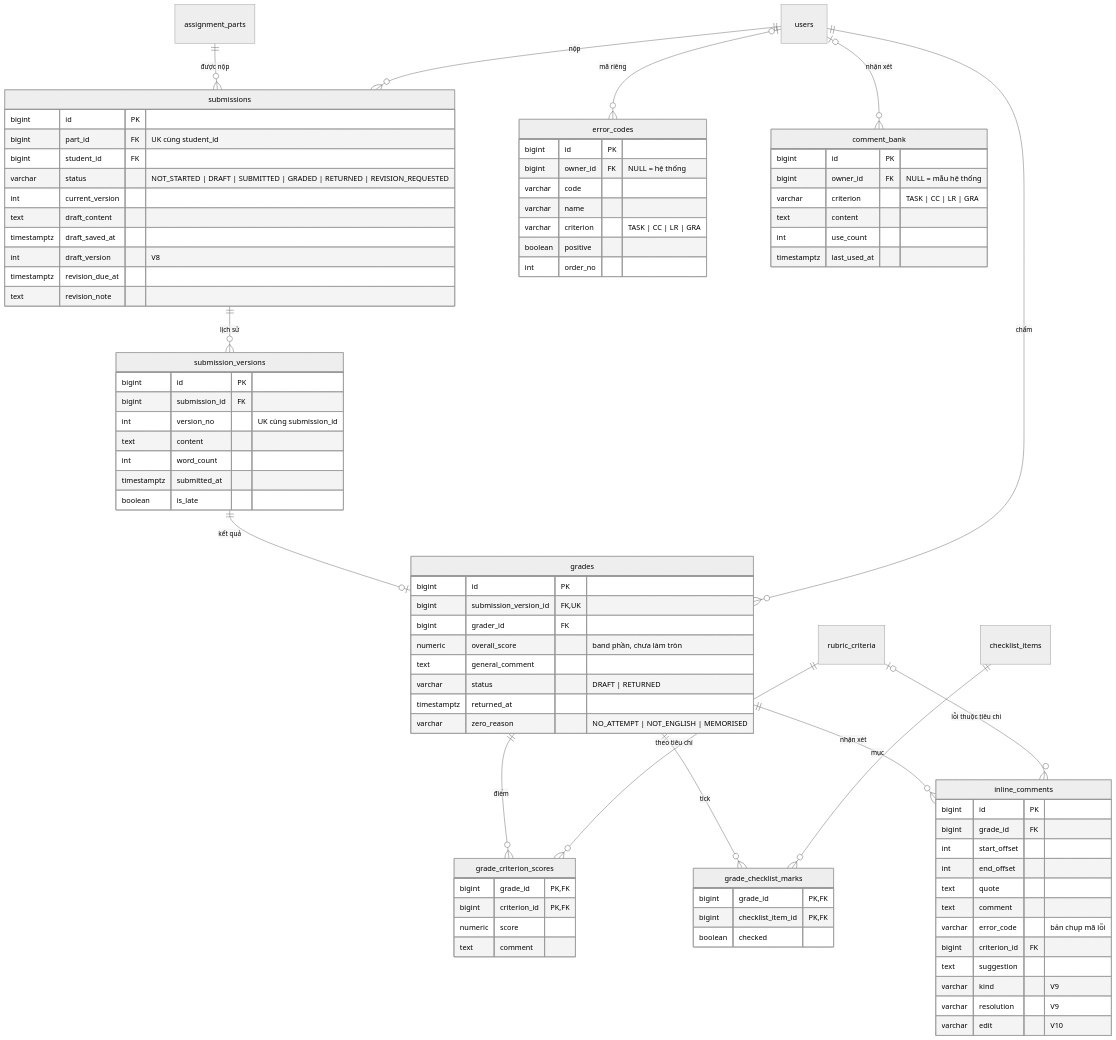
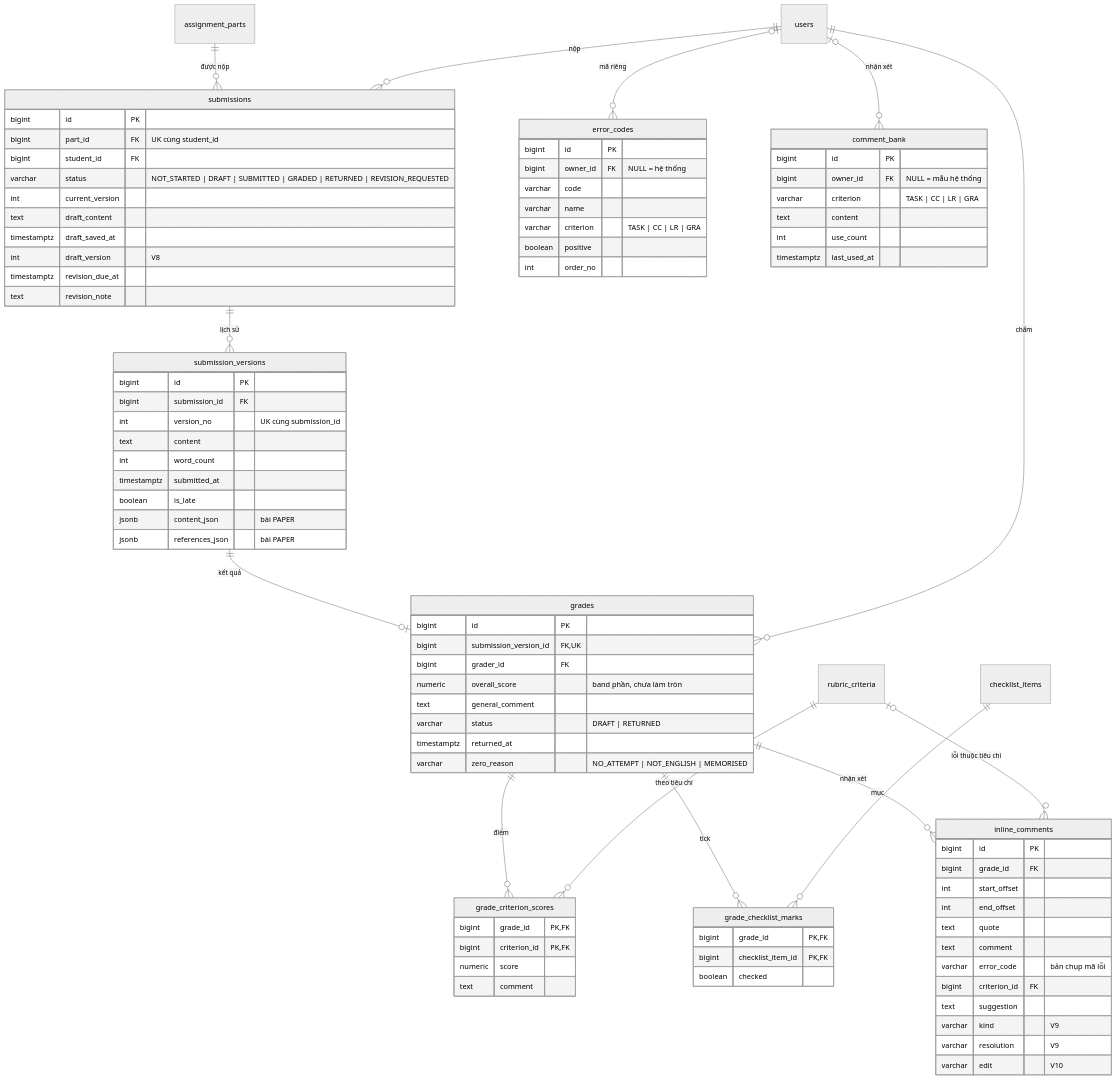
Before and after one commit to duckkthoi/ielts-system: the third of 5 diagrams in docs/04-erd.md, drawn with Mermaid (neutral theme). The commit also changed other lines of this file and 111 other files, not shown here.

```diff
--- a/docs/04-erd.md
+++ b/docs/04-erd.md
@@ -217,6 +220,8 @@
         int word_count
         timestamptz submitted_at
         boolean is_late
+        jsonb content_json "bài PAPER"
+        jsonb references_json "bài PAPER"
     }
     grades {
         bigint id PK
```
